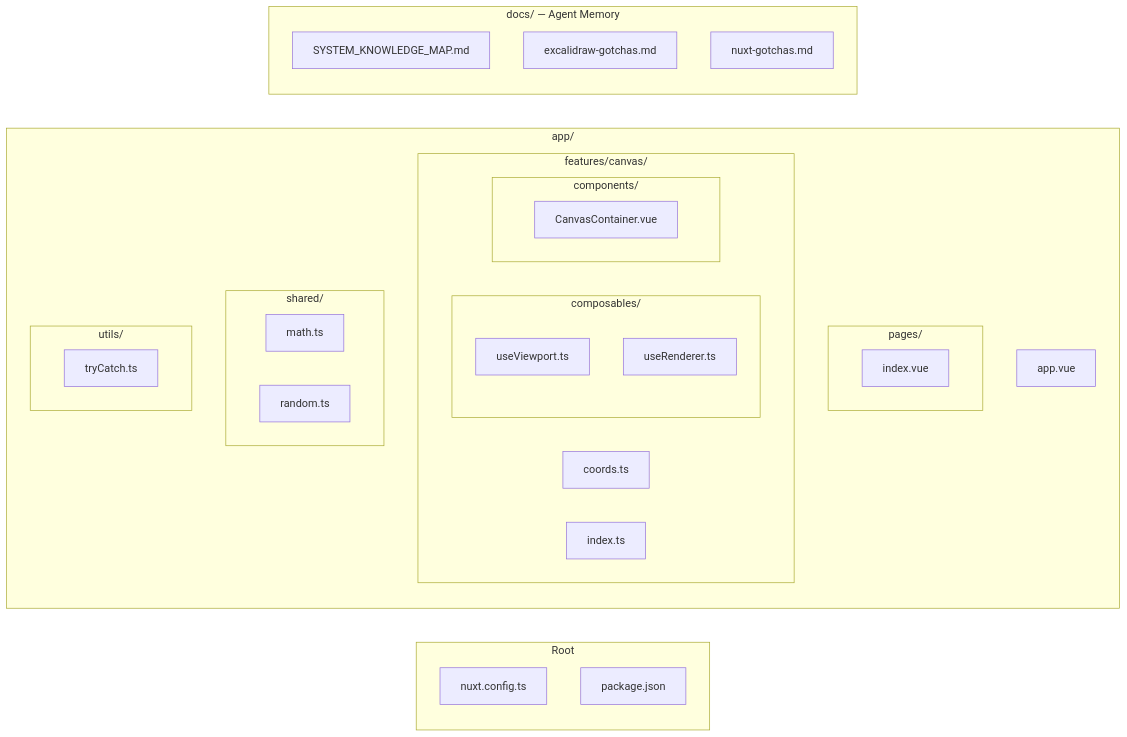
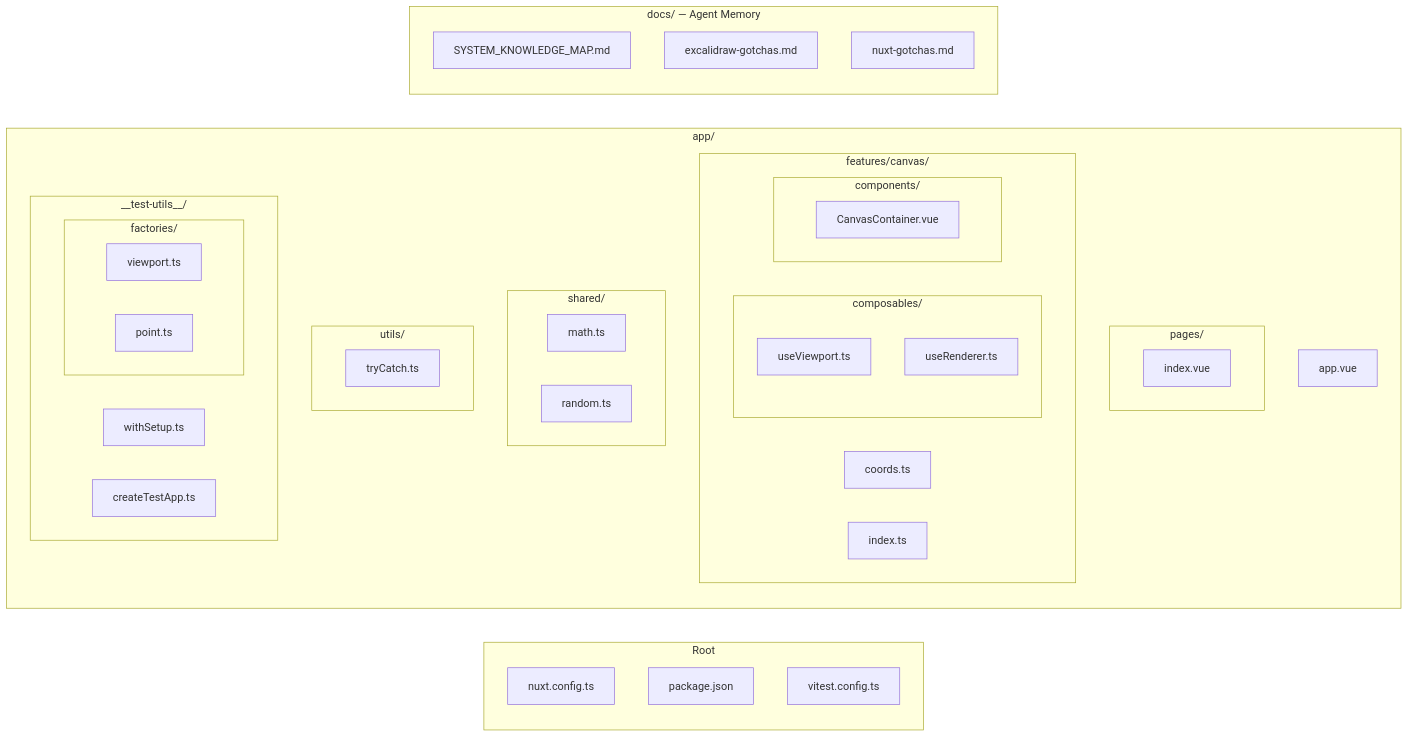
One commit to alexanderop/excalidrawNuxt changed the sixth of 6 diagrams in docs/SYSTEM_KNOWLEDGE_MAP.md. Above: the diagram before and after it, drawn with Mermaid. The commit also changed other lines of this file and 27 other files, not shown here.

First line of the commit message:
test: add Vitest testing infrastructure with unit and browser test configs

````diff
--- a/docs/SYSTEM_KNOWLEDGE_MAP.md
+++ b/docs/SYSTEM_KNOWLEDGE_MAP.md
@@ -109,38 +160,47 @@
 ```mermaid
 graph LR
     subgraph Root
         NC[nuxt.config.ts]
         PK[package.json]
+        VC[vitest.config.ts]
     end
 
     subgraph "app/"
         AV[app.vue]
         subgraph "pages/"
             PI[index.vue]
         end
         subgraph "features/canvas/"
             CO[coords.ts]
             IX[index.ts]
             subgraph "composables/"
                 UV[useViewport.ts]
                 UR[useRenderer.ts]
             end
             subgraph "components/"
                 CC[CanvasContainer.vue]
             end
         end
         subgraph "shared/"
             MT[math.ts]
             RN[random.ts]
         end
         subgraph "utils/"
             TC[tryCatch.ts]
         end
+        subgraph "__test-utils__/"
+            WS[withSetup.ts]
+            CTA[createTestApp.ts]
+            subgraph "factories/"
+                VPF[viewport.ts]
+                PTF[point.ts]
+            end
+        end
     end
 
     subgraph "docs/ — Agent Memory"
         SK[SYSTEM_KNOWLEDGE_MAP.md]
         EG[excalidraw-gotchas.md]
         NG[nuxt-gotchas.md]
     end
 ```
````
